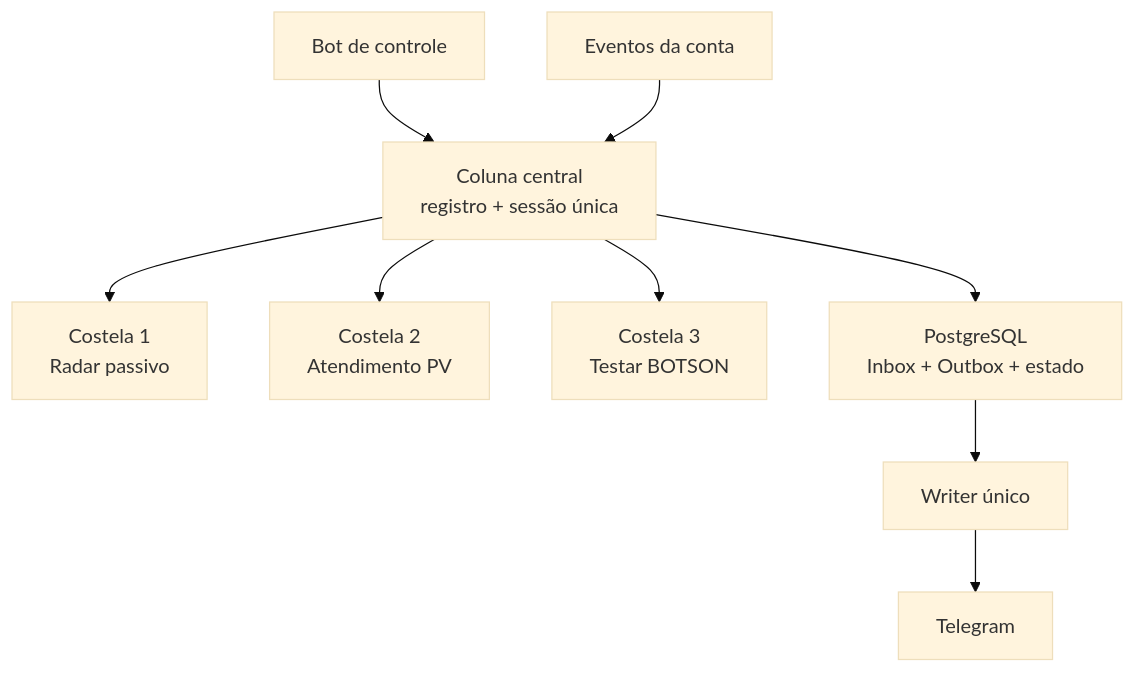
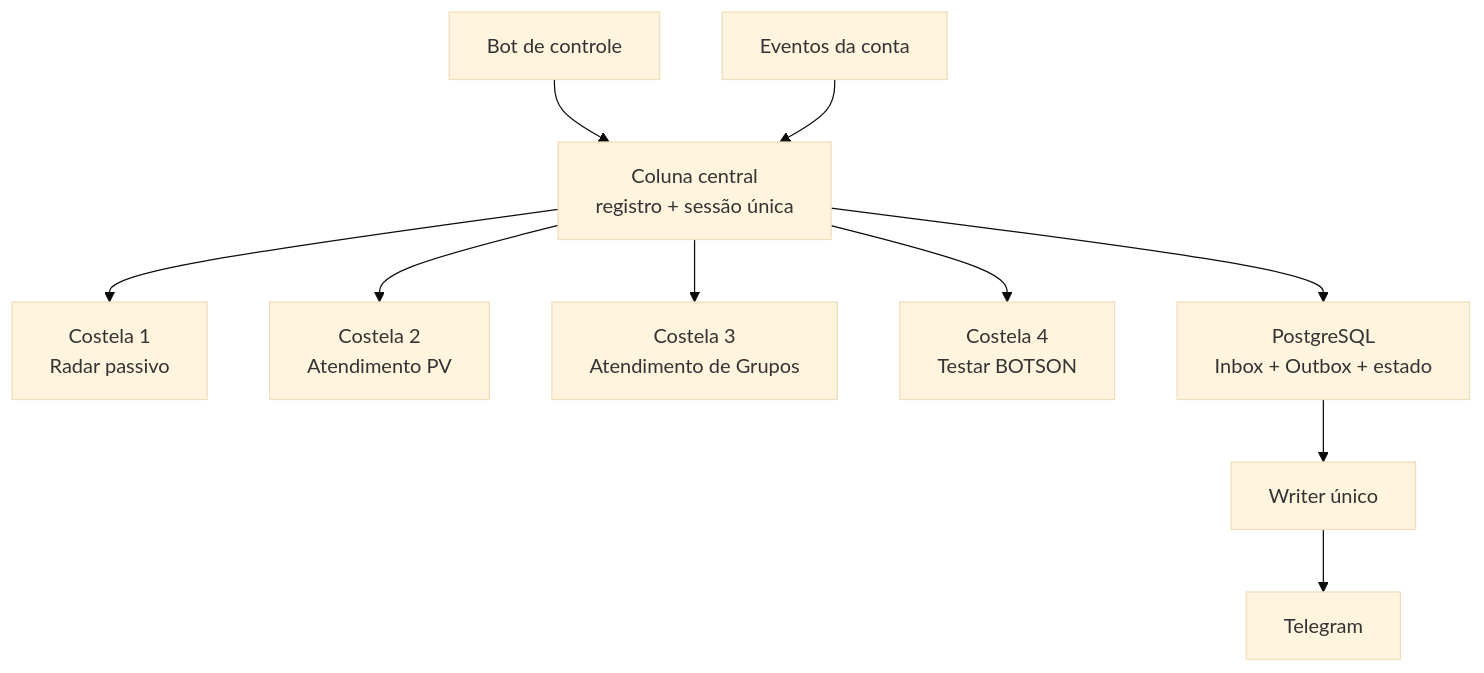
The first of 3 diagrams in docs/ARCHITECTURE.md (nt2digitize/gr-observer), drawn with Mermaid (base theme) before and after one commit. The commit also changed other lines of this file and 13 other files, not shown here.

First line of the commit message:
Corrigir arquitetura da sessão única e integrar Atendimento de Grupos

````diff
--- a/docs/ARCHITECTURE.md
+++ b/docs/ARCHITECTURE.md
@@ -5,11 +5,12 @@
 ```mermaid
 flowchart TB
     P["Bot de controle"] --> S["Coluna central\nregistro + sessão única"]
     U["Eventos da conta"] --> S
     S --> R["Costela 1\nRadar passivo"]
     S --> V["Costela 2\nAtendimento PV"]
-    S --> B["Costela 3\nTestar BOTSON"]
+    S --> G["Costela 3\nAtendimento de Grupos"]
+    S --> B["Costela 4\nTestar BOTSON"]
     S --> D["PostgreSQL\nInbox + Outbox + estado"]
     D --> W["Writer único"]
     W --> T["Telegram"]
 ```
````
